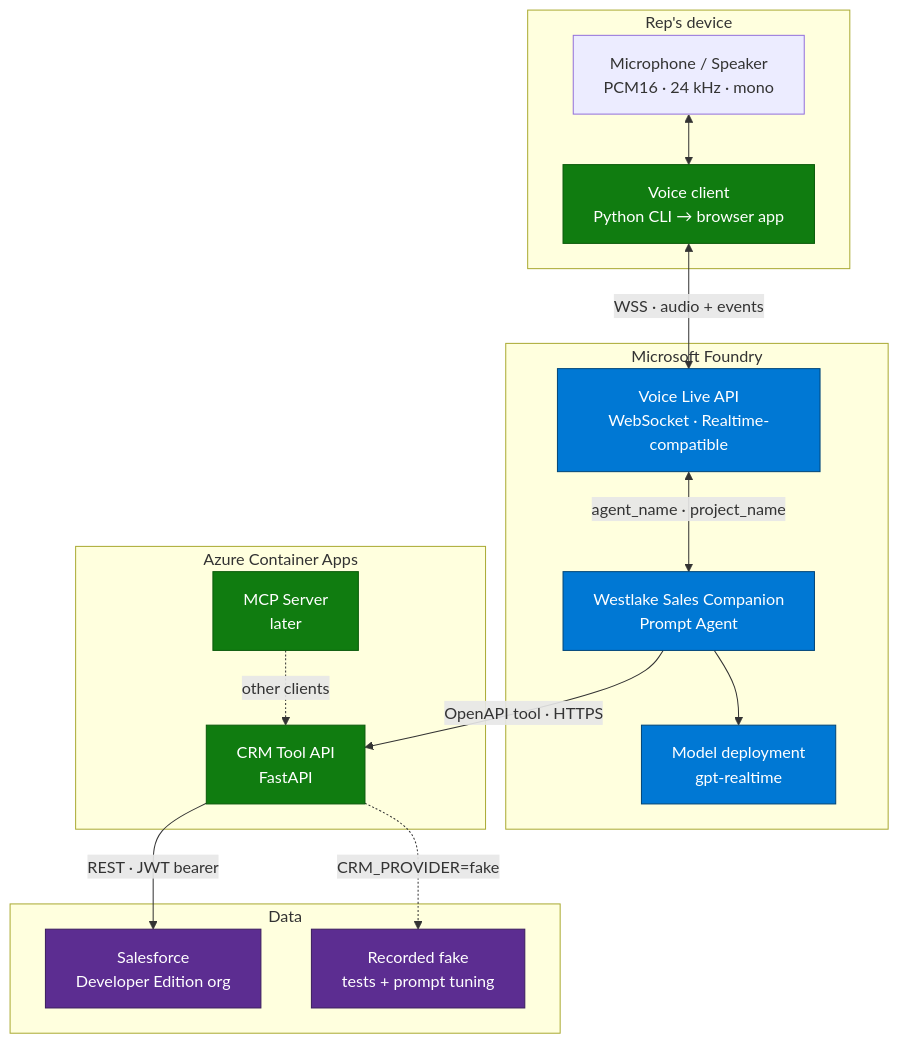
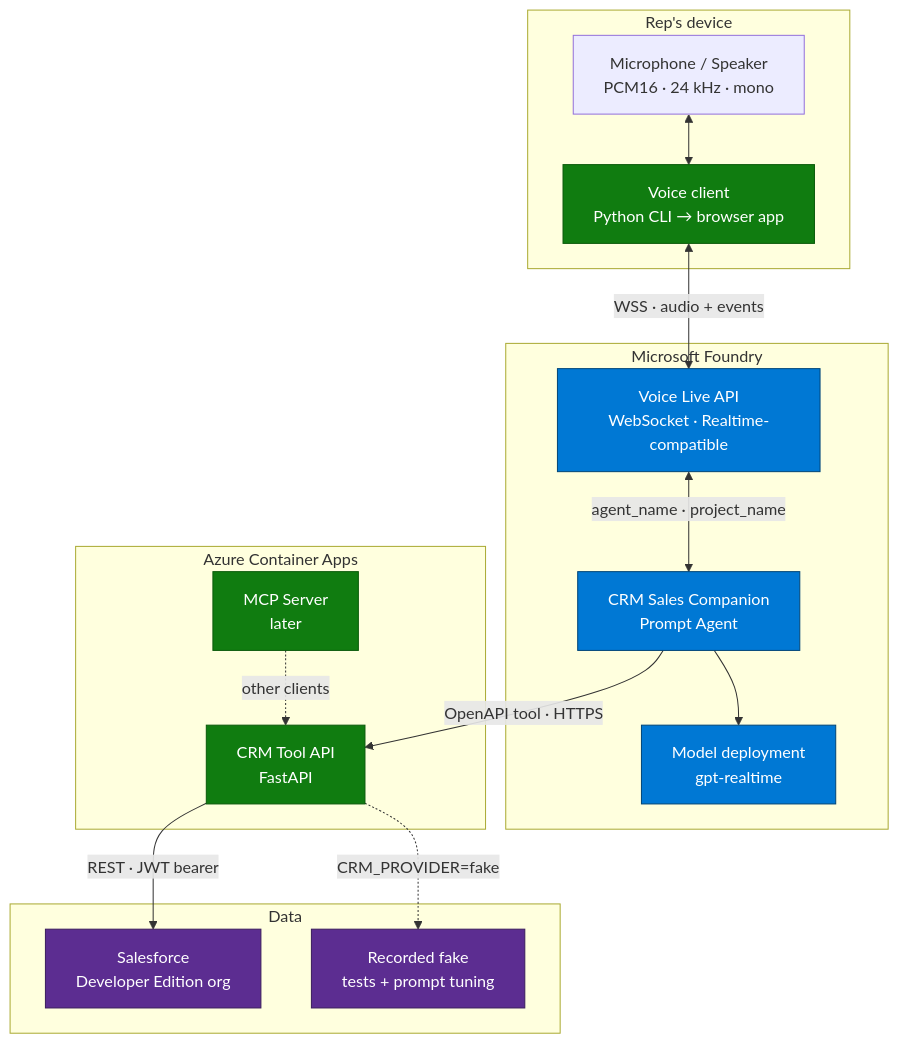
One commit to mikefelder/foundry-voice-agent-crm-poc changed the first of 7 diagrams in README.md. Above: the diagram before and after it, drawn with Mermaid. The commit also changed other lines of this file and 23 other files, not shown here.

````diff
--- a/README.md
+++ b/README.md
@@ -77,39 +114,39 @@
 ```mermaid
 graph TB
     subgraph Client["Rep's device"]
         MIC["Microphone / Speaker<br/>PCM16 · 24 kHz · mono"]
         CLI["Voice client<br/>Python CLI → browser app"]
     end
 
     subgraph Foundry["Microsoft Foundry"]
         VL["Voice Live API<br/>WebSocket · Realtime-compatible"]
-        AGENT["Westlake Sales Companion<br/>Prompt Agent"]
+        AGENT["CRM Sales Companion<br/>Prompt Agent"]
         MODEL["Model deployment<br/>gpt-realtime"]
     end
 
     subgraph ACA["Azure Container Apps"]
         API["CRM Tool API<br/>FastAPI"]
         MCP["MCP Server<br/>later"]
     end
 
     subgraph Data["Data"]
         SF["Salesforce<br/>Developer Edition org"]
         FAKE["Recorded fake<br/>tests + prompt tuning"]
     end
 
     MIC <--> CLI
     CLI <-->|"WSS · audio + events"| VL
     VL <-->|"agent_name · project_name"| AGENT
     AGENT --> MODEL
     AGENT -->|"OpenAPI tool · HTTPS"| API
     MCP -.->|"other clients"| API
     API -->|"REST · JWT bearer"| SF
     API -.->|"CRM_PROVIDER=fake"| FAKE
 
     classDef azure fill:#0078D4,stroke:#004578,color:#fff
     classDef app fill:#107C10,stroke:#0B5A0B,color:#fff
     classDef data fill:#5C2D91,stroke:#3B1D5E,color:#fff
     class VL,AGENT,MODEL azure
     class API,MCP,CLI app
     class SF,FAKE data
 ```
````
